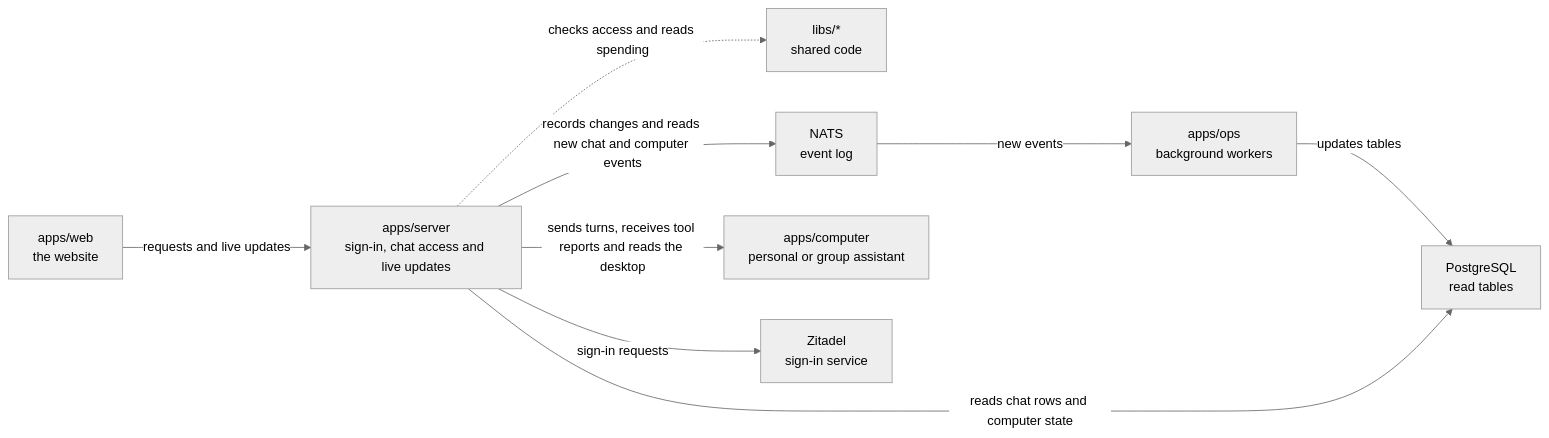
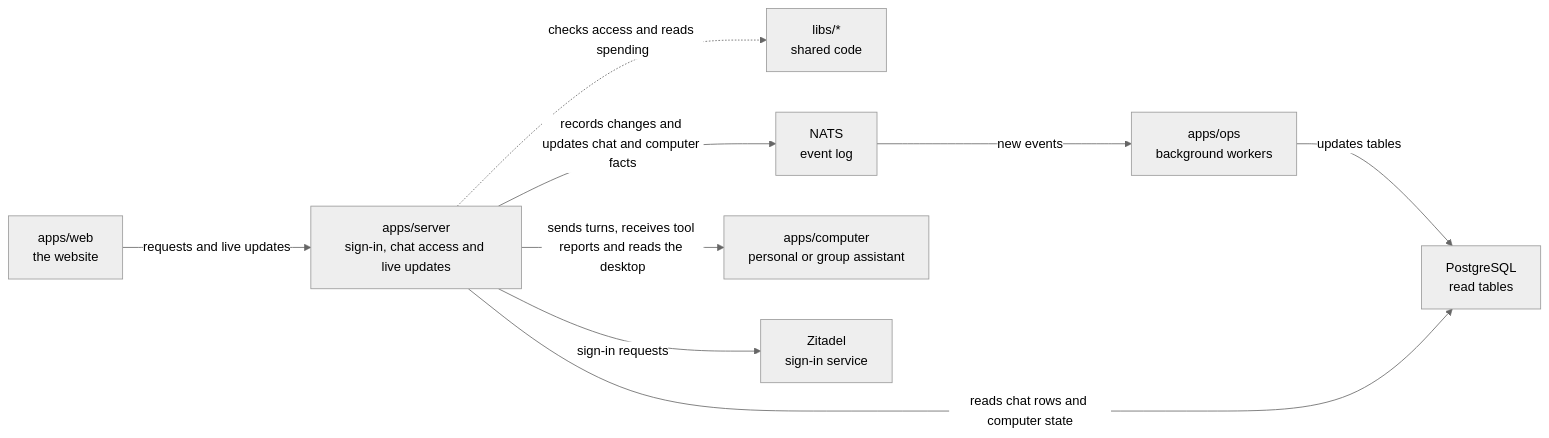
The diagram in apps/server/README.md (elewa-git/opencrane-new), drawn with Mermaid (neutral theme) before and after one commit. The commit also changed other lines of this file and 21 other files, not shown here.

````diff
--- a/apps/server/README.md
+++ b/apps/server/README.md
@@ -11,11 +11,11 @@
 ```mermaid
 flowchart LR
   web["apps/web<br/>the website"] -->|requests and live updates| server["apps/server<br/>sign-in, chat access and live updates"]
   server -.->|checks access and reads spending| libs["libs/*<br/>shared code"]
-  server -->|records changes and reads new chat and computer events| nats["NATS<br/>event log"]
+  server -->|records changes and updates chat and computer facts| nats["NATS<br/>event log"]
   nats -->|new events| ops["apps/ops<br/>background workers"]
   ops -->|updates tables| postgres["PostgreSQL<br/>read tables"]
   server -->|reads chat rows and computer state| postgres
   server -->|sends turns, receives tool reports and reads the desktop| computer["apps/computer<br/>personal or group assistant"]
   server -->|sign-in requests| zitadel["Zitadel<br/>sign-in service"]
 ```
````
